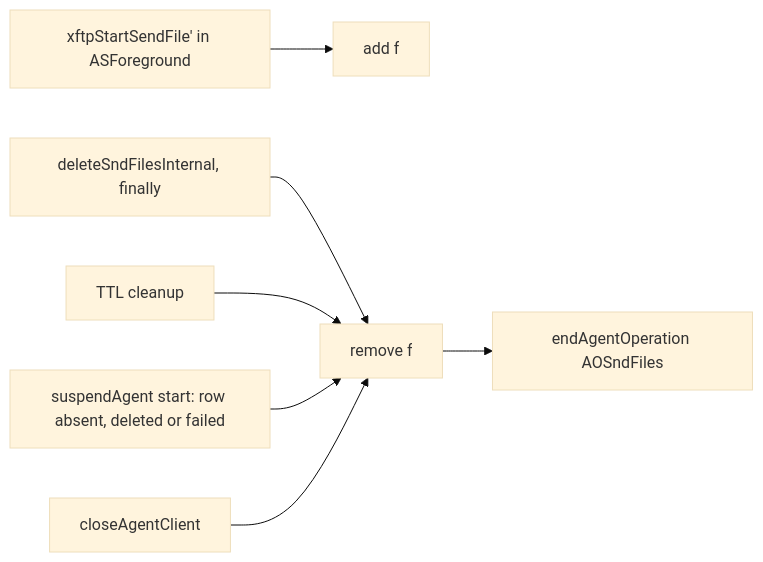
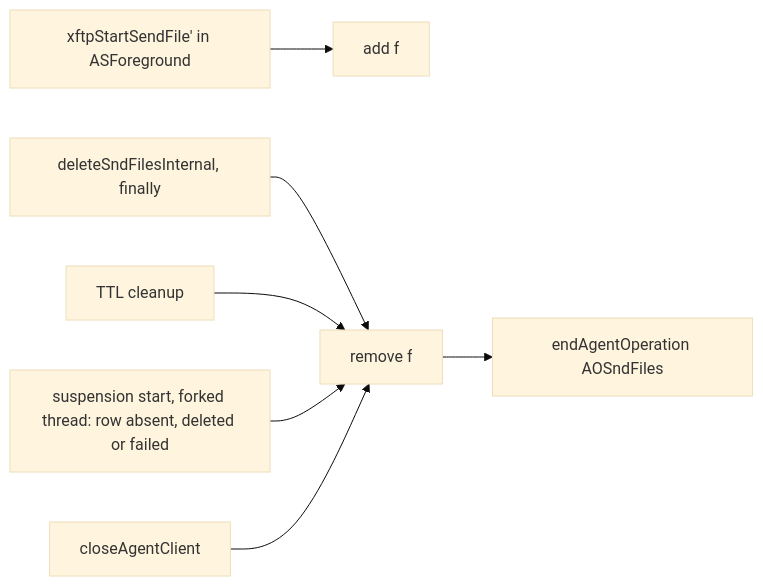
One commit to simplex-chat/simplexmq changed the second of 2 diagrams in plans/2026-10-23-xftp-uploads-while-suspending.md. Above: the diagram before and after it, drawn with Mermaid (base theme). The commit also changed other lines of this file, not shown here.

Commit message:
docs: plan states the forked removal at suspension start, uncounted redirects, offline files and the changed tests

````diff
--- a/plans/2026-10-23-xftp-uploads-while-suspending.md
+++ b/plans/2026-10-23-xftp-uploads-while-suspending.md
@@ -76,9 +78,9 @@
 ```mermaid
 flowchart LR
   start["xftpStartSendFile' in ASForeground"] --> add["add f"]
   delete["deleteSndFilesInternal, finally"] --> remove["remove f"]
   ttl["TTL cleanup"] --> remove
-  suspend["suspendAgent start: row absent, deleted or failed"] --> remove
+  suspend["suspension start, forked thread: row absent, deleted or failed"] --> remove
   close["closeAgentClient"] --> remove
   remove --> stage["endAgentOperation AOSndFiles"]
 ```
````
